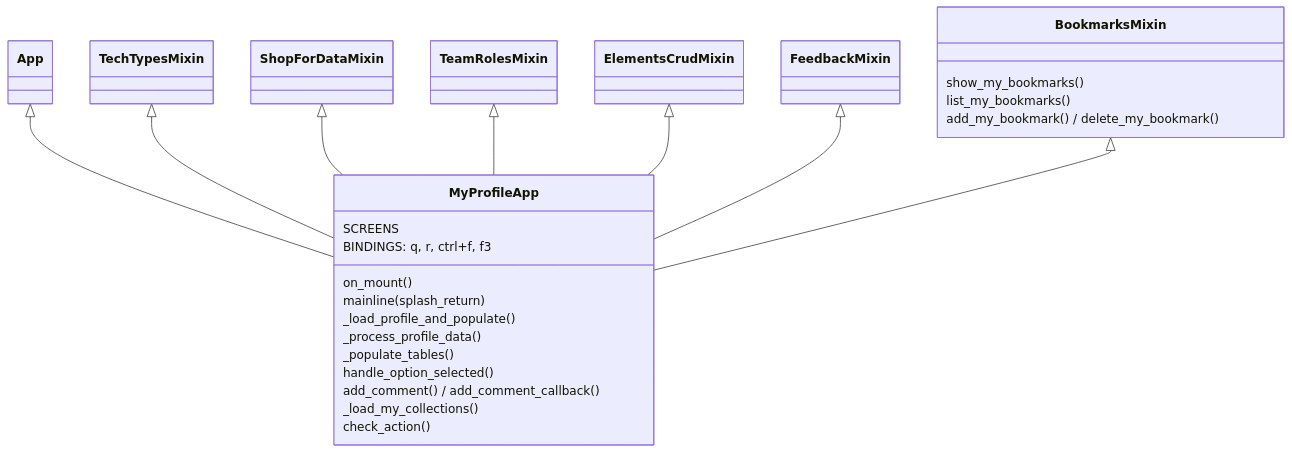
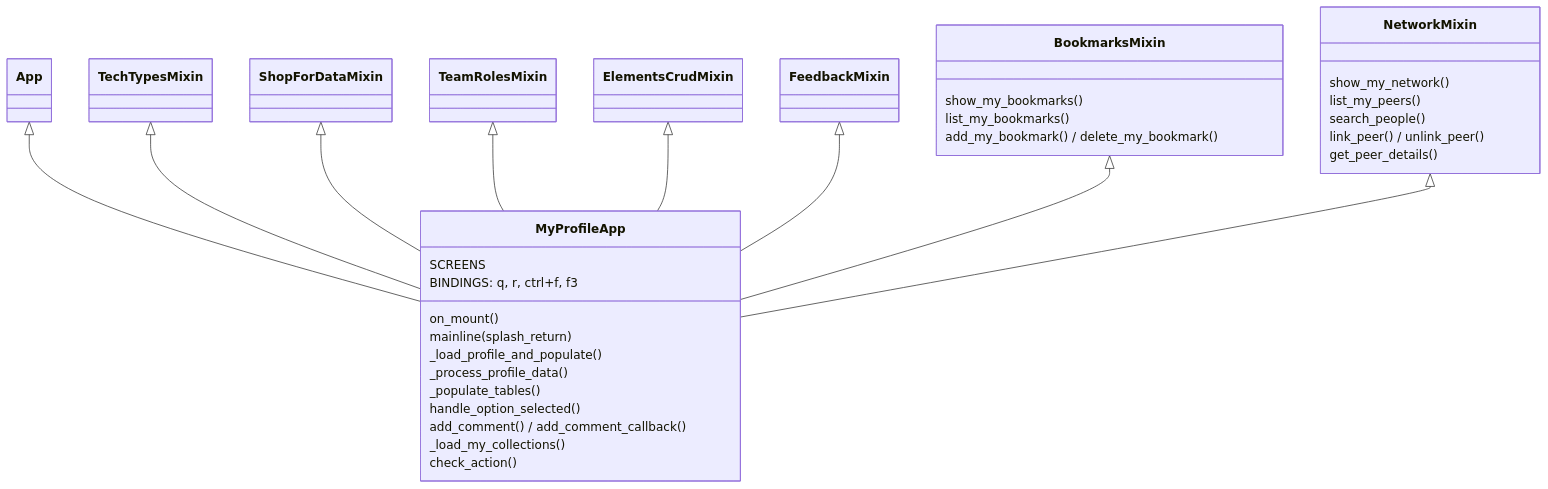
Before and after one commit to odpi/egeria-python: the first of 8 diagrams in docs/My-Egeria-Doc.md, drawn with Mermaid. The commit also changed other lines of this file and 17 other files, not shown here.

First line of the commit message:
My Profile: add My Network option, fix Technology Types and Shop for Data go back (#458)

````diff
--- a/docs/My-Egeria-Doc.md
+++ b/docs/My-Egeria-Doc.md
@@ -41,34 +42,42 @@
 ```mermaid
 classDiagram
     class App
     class MyProfileApp {
         SCREENS
         BINDINGS: q, r, ctrl+f, f3
         on_mount()
         mainline(splash_return)
         _load_profile_and_populate()
         _process_profile_data()
         _populate_tables()
         handle_option_selected()
         add_comment() / add_comment_callback()
         _load_my_collections()
         check_action()
     }
     class TechTypesMixin
     class ShopForDataMixin
     class TeamRolesMixin
     class ElementsCrudMixin
     class FeedbackMixin
     class BookmarksMixin {
         show_my_bookmarks()
         list_my_bookmarks()
         add_my_bookmark() / delete_my_bookmark()
     }
+    class NetworkMixin {
+        show_my_network()
+        list_my_peers()
+        search_people()
+        link_peer() / unlink_peer()
+        get_peer_details()
+    }
     App <|-- MyProfileApp
     TechTypesMixin <|-- MyProfileApp
     ShopForDataMixin <|-- MyProfileApp
     TeamRolesMixin <|-- MyProfileApp
     ElementsCrudMixin <|-- MyProfileApp
     FeedbackMixin <|-- MyProfileApp
     BookmarksMixin <|-- MyProfileApp
+    NetworkMixin <|-- MyProfileApp
 ```
````
